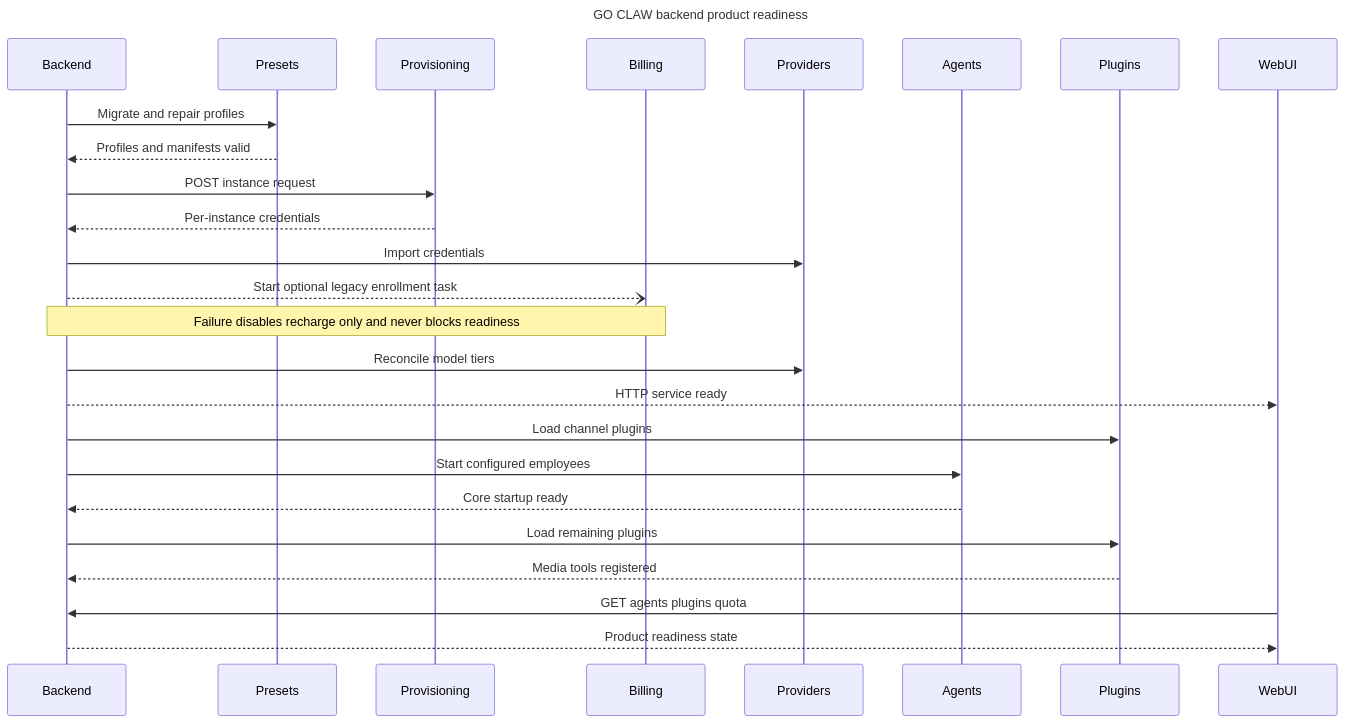
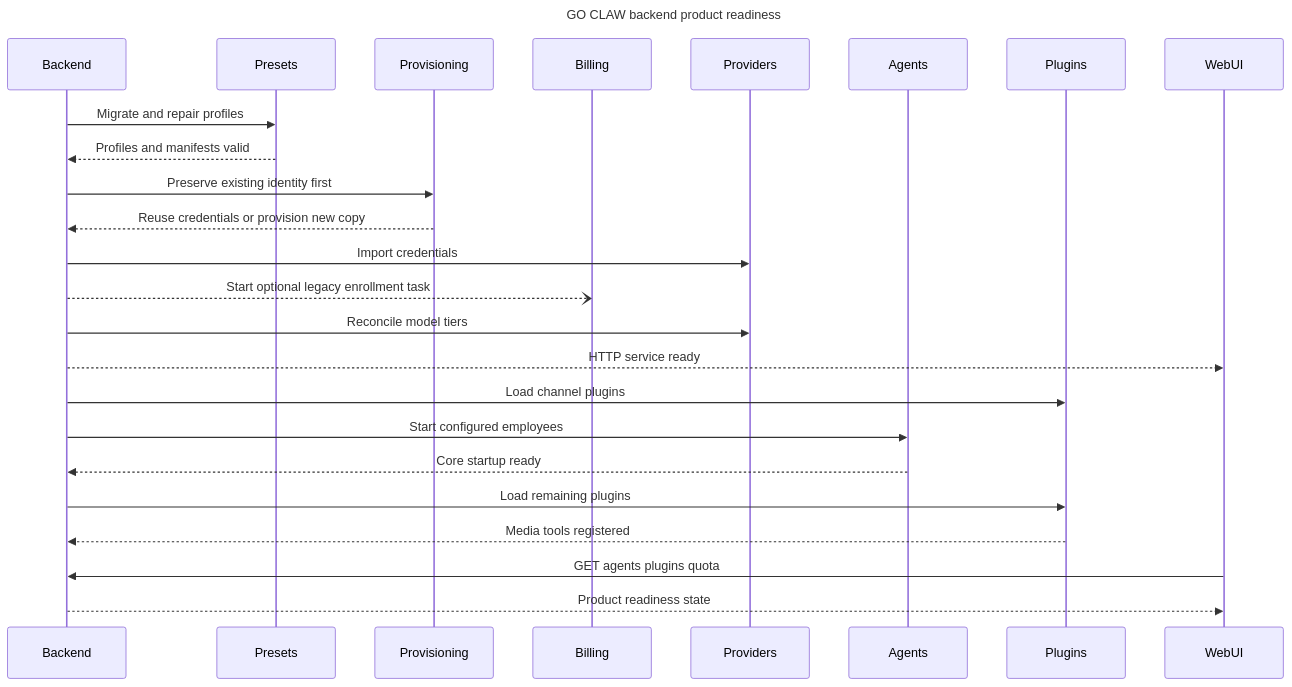
The second of 6 diagrams in docs/GO-CLAW-运行时序与维护规则.zh.md (GresonKwan/GO-Claw-2.0), drawn with Mermaid before and after one commit. The commit also changed other lines of this file and 151 other files, not shown here.

````diff
--- a/docs/GO-CLAW-运行时序与维护规则.zh.md
+++ b/docs/GO-CLAW-运行时序与维护规则.zh.md
@@ -62,29 +70,28 @@
 ```mermaid
 sequenceDiagram
     title GO CLAW backend product readiness
     participant Backend
     participant Presets
     participant Provisioning
     participant Billing
     participant Providers
     participant Agents
     participant Plugins
     participant WebUI
 
     Backend->>Presets: Migrate and repair profiles
     Presets-->>Backend: Profiles and manifests valid
-    Backend->>Provisioning: POST instance request
-    Provisioning-->>Backend: Per-instance credentials
+    Backend->>Provisioning: Preserve existing identity first
+    Provisioning-->>Backend: Reuse credentials or provision new copy
     Backend->>Providers: Import credentials
     Backend--)Billing: Start optional legacy enrollment task
-    Note over Backend,Billing: Failure disables recharge only and never blocks readiness
     Backend->>Providers: Reconcile model tiers
     Backend-->>WebUI: HTTP service ready
     Backend->>Plugins: Load channel plugins
     Backend->>Agents: Start configured employees
     Agents-->>Backend: Core startup ready
     Backend->>Plugins: Load remaining plugins
     Plugins-->>Backend: Media tools registered
     WebUI->>Backend: GET agents plugins quota
     Backend-->>WebUI: Product readiness state
 ```
````
